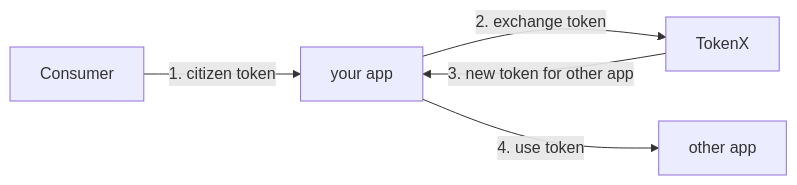
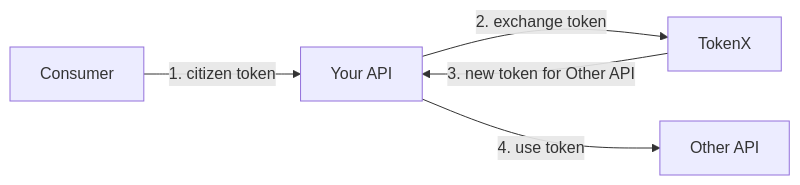
Before and after one commit to nais/doc: the diagram in docs/auth/tokenx/README.md, drawn with Mermaid. The commit also changed other lines of this file and 8 other files, not shown here.

````diff
--- a/docs/auth/tokenx/README.md
+++ b/docs/auth/tokenx/README.md
@@ -19,7 +21,7 @@
 ```mermaid
 graph LR
   Consumer -->|1. citizen token| A
-  A["your app"] -->|2. exchange token| TokenX
-  TokenX -->|3. new token for other app| A
-  A -->|4. use token| O[other app]
+  A["Your API"] -->|2. exchange token| TokenX
+  TokenX -->|3. new token for Other API| A
+  A -->|4. use token| O[Other API]
 ```
````
